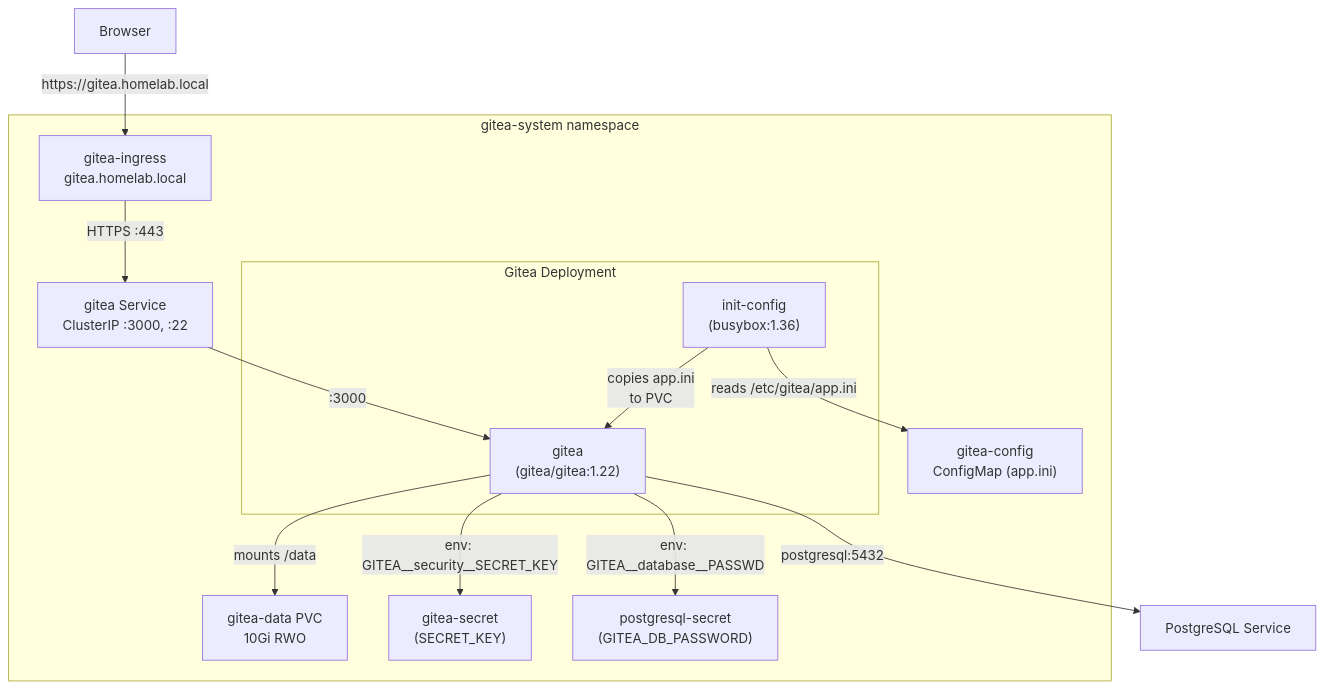
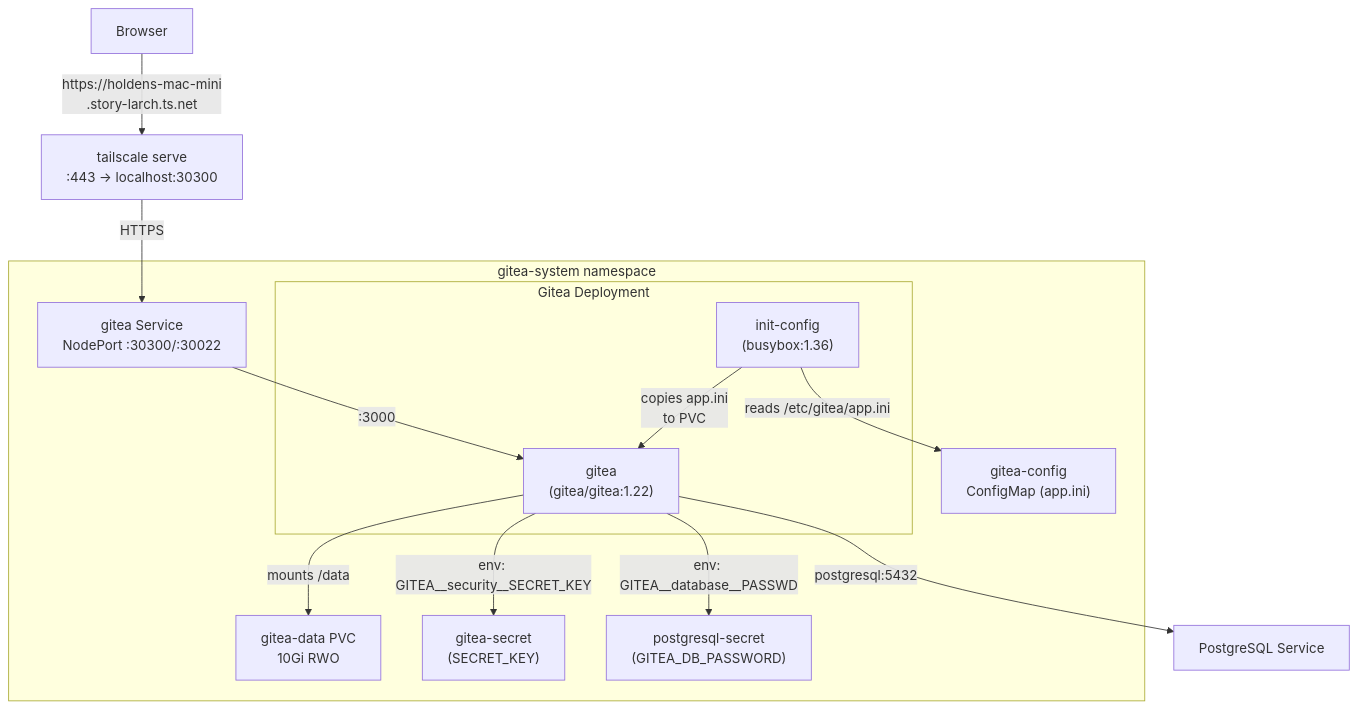
The first of 5 diagrams in k8s/apps/gitea/README.md (haingth77/homelab), drawn with Mermaid before and after one commit. The commit also changed other lines of this file and 2 other files, not shown here.

First line of the commit message:
docs: update all documentation for Tailscale + NodePort networking

````diff
--- a/k8s/apps/gitea/README.md
+++ b/k8s/apps/gitea/README.md
@@ -7,27 +7,26 @@
 ```mermaid
 flowchart TD
     subgraph giteaNs["gitea-system namespace"]
         subgraph giteaDeploy["Gitea Deployment"]
             InitContainer["init-config\n(busybox:1.36)"]
             GiteaContainer["gitea\n(gitea/gitea:1.22)"]
             InitContainer -- "copies app.ini\nto PVC" --> GiteaContainer
         end
 
-        GiteaSvc["gitea Service\nClusterIP :3000, :22"]
-        GiteaIngress["gitea-ingress\ngitea.homelab.local"]
+        GiteaSvc["gitea Service\nNodePort :30300/:30022"]
         GiteaPVC["gitea-data PVC\n10Gi RWO"]
         GiteaConfigMap["gitea-config\nConfigMap (app.ini)"]
         GiteaSecret["gitea-secret\n(SECRET_KEY)"]
         PgSecret["postgresql-secret\n(GITEA_DB_PASSWORD)"]
 
-        GiteaIngress -- "HTTPS :443" --> GiteaSvc
         GiteaSvc -- ":3000" --> GiteaContainer
         GiteaContainer -- "mounts /data" --> GiteaPVC
         InitContainer -- "reads /etc/gitea/app.ini" --> GiteaConfigMap
         GiteaContainer -- "env: GITEA__database__PASSWD" --> PgSecret
         GiteaContainer -- "env: GITEA__security__SECRET_KEY" --> GiteaSecret
     end
 
-    User["Browser"] -- "https://gitea.homelab.local" --> GiteaIngress
+    TServe["tailscale serve\n:443 -> localhost:30300"] -- "HTTPS" --> GiteaSvc
+    User["Browser"] -- "https://holdens-mac-mini\n.story-larch.ts.net" --> TServe
     GiteaContainer -- "postgresql:5432" --> PgSvc["PostgreSQL Service"]
 ```
````
